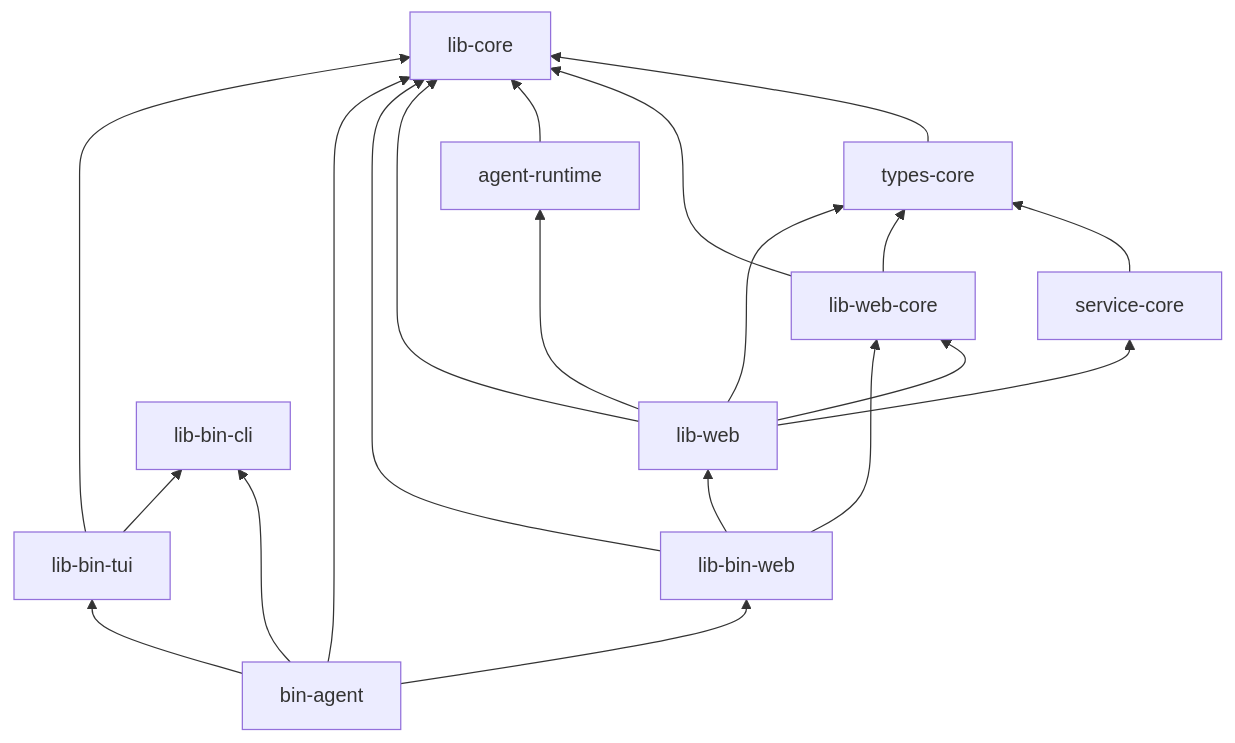
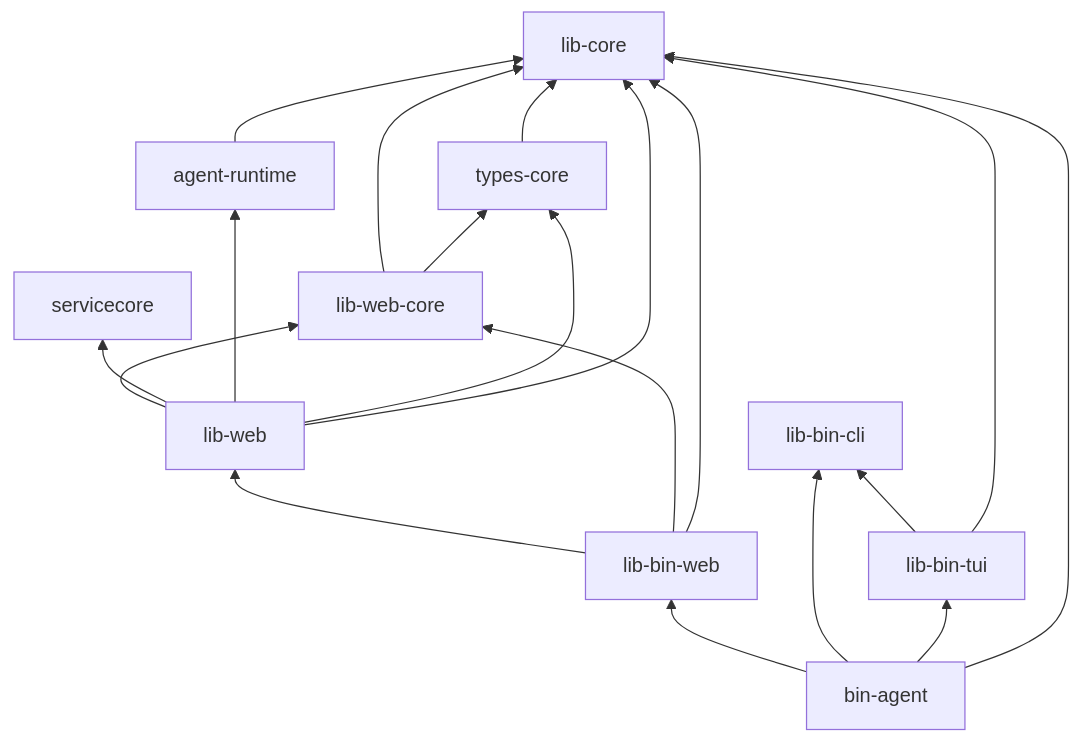
One commit to lingting/lingting-agent changed the fourth of 5 diagrams in docs/workspace.md. Above: the diagram before and after it, drawn with Mermaid. The commit also changed other lines of this file and 64 other files, not shown here.

````diff
--- a/docs/workspace.md
+++ b/docs/workspace.md
@@ -697,23 +745,22 @@
 ```mermaid
 flowchart BT
     libcore["lib-core"]
     typescore["types-core"] --> libcore
-    servicecore["service-core"] --> typescore
     webcore["lib-web-core"] --> libcore
     webcore --> typescore
     agentruntime["agent-runtime"] --> libcore
     web["lib-web"] --> webcore
     web --> servicecore
     web --> agentruntime
     web --> typescore
     web --> libcore
     binweb["lib-bin-web"] --> web
     binweb --> webcore
     binweb --> libcore
     binagent["bin-agent"] --> binweb
     binagent --> bincli["lib-bin-cli"]
     binagent --> bintui["lib-bin-tui"]
     binagent --> libcore
     bintui --> bincli
     bintui --> libcore
 ```
````
